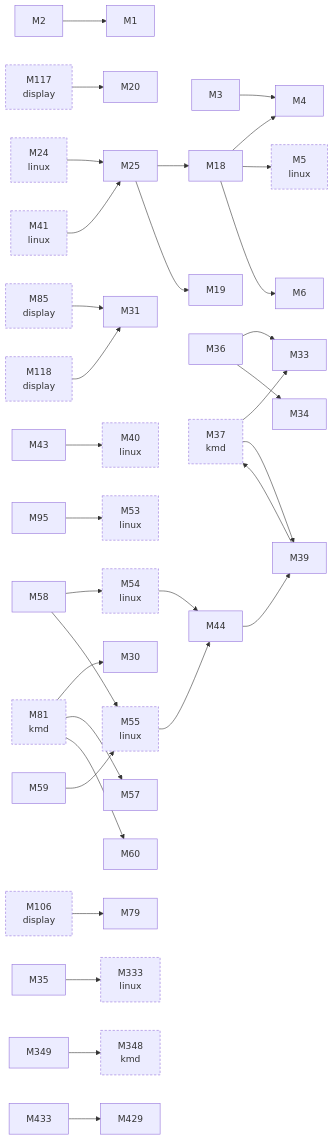
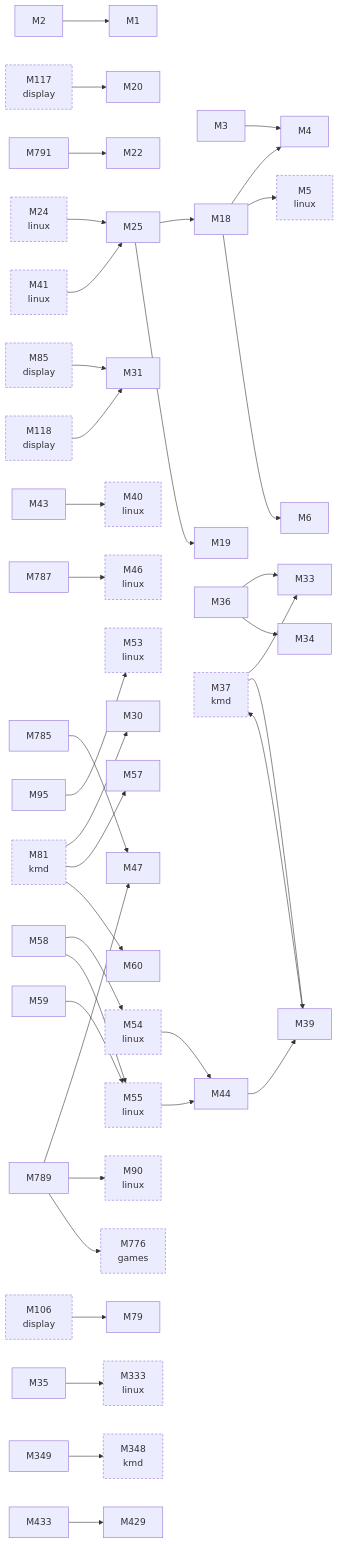
Before and after one commit to D-Ogi/amdgpu-wddm: the second of 2 diagrams in docs/facts/graphs/hardware.md, drawn with Mermaid. The commit also changed 40 other files, not shown here.

````diff
--- a/docs/facts/graphs/hardware.md
+++ b/docs/facts/graphs/hardware.md
@@ -59,6 +59,7 @@
   M18["M18"]
   M19["M19"]
   M20["M20"]
+  M22["M22"]
   M24["M24<br/>linux"]
   M25["M25"]
   M30["M30"]
@@ -73,6 +74,8 @@
   M41["M41<br/>linux"]
   M43["M43"]
   M44["M44"]
+  M46["M46<br/>linux"]
+  M47["M47"]
   M53["M53<br/>linux"]
   M54["M54<br/>linux"]
   M55["M55<br/>linux"]
@@ -83,6 +86,7 @@
   M79["M79"]
   M81["M81<br/>kmd"]
   M85["M85<br/>display"]
+  M90["M90<br/>linux"]
   M95["M95"]
   M106["M106<br/>display"]
   M117["M117<br/>display"]
@@ -92,6 +96,11 @@
   M349["M349"]
   M429["M429"]
   M433["M433"]
+  M776["M776<br/>games"]
+  M785["M785"]
+  M787["M787"]
+  M789["M789"]
+  M791["M791"]
   M2 --> M1
   M3 --> M4
   M18 --> M4
@@ -111,6 +120,12 @@
   M95 --> M53
   M349 --> M348
   M433 --> M429
+  M785 --> M47
+  M787 --> M46
+  M789 --> M47
+  M789 --> M90
+  M789 --> M776
+  M791 --> M22
   M37 --> M33
   M37 --> M39
   M81 --> M30
@@ -125,5 +140,5 @@
   M54 --> M44
   M55 --> M44
   classDef other stroke-dasharray:4 3
-  class M5,M24,M37,M40,M41,M53,M54,M55,M81,M85,M106,M117,M118,M333,M348 other
+  class M5,M24,M37,M40,M41,M46,M53,M54,M55,M81,M85,M90,M106,M117,M118,M333,M348,M776 other
 ```
````
